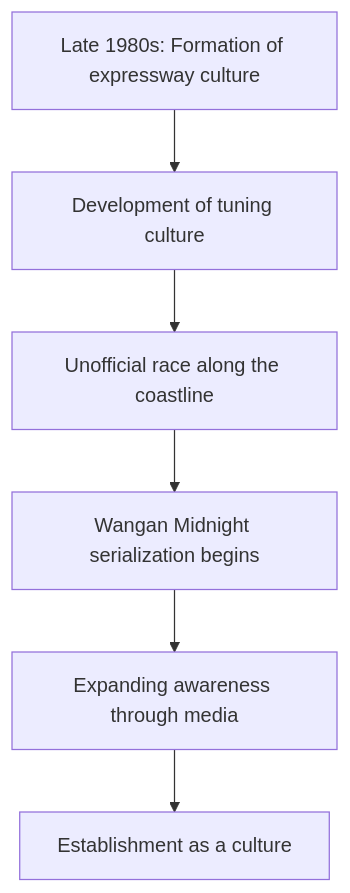
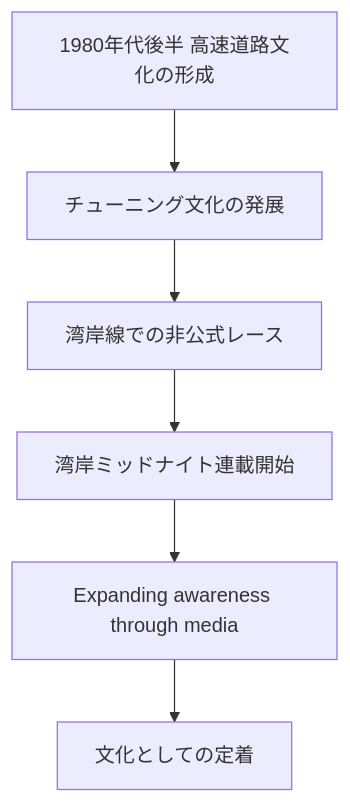
The first of 2 diagrams in en/_posts/2026-04-03-column-wangan-midnight.md (monumental-movement/monumental-movement.github.io), drawn with Mermaid before and after one commit. The commit also changed other lines of this file and 2196 other files, not shown here.

```diff
--- a/en/_posts/2026-04-03-column-wangan-midnight.md
+++ b/en/_posts/2026-04-03-column-wangan-midnight.md
@@ -147,8 +147,8 @@
 <div class="mermaid">
 graph TD
-A[Late 1980s: Formation of expressway culture] --> B[Development of tuning culture]
-B --> C[Unofficial race along the coastline]
-C --> D[Wangan Midnight serialization begins]
+A[1980年代後半 高速道路文化の形成] --> B[チューニング文化の発展]
+B --> C[湾岸線での非公式レース]
+C --> D[湾岸ミッドナイト連載開始]
 D --> E[Expanding awareness through media]
-E --> F[Establishment as a culture]
+E --> F[文化としての定着]
 </div>
```
